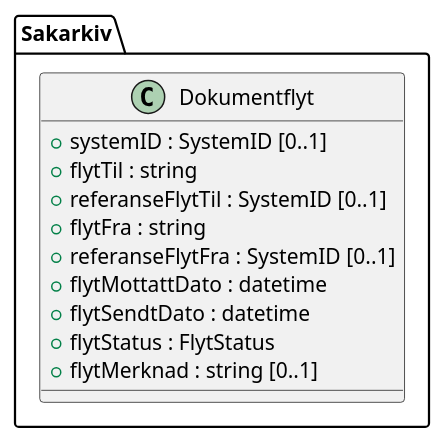
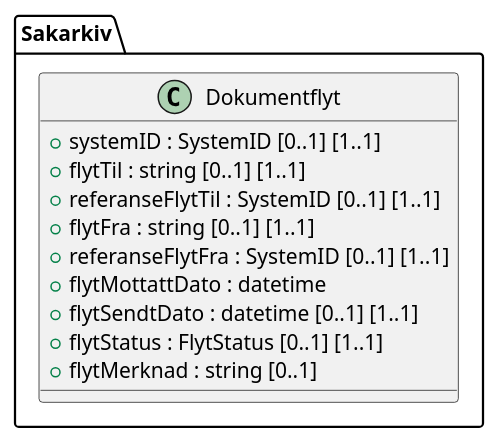
The diagram in kapitler/media/uml-class-dokumentflyt.iuml (arkivverket/noark5-tjenestegrensesnitt-standard), drawn with PlantUML before and after one commit. The commit also changed 91 other files, not shown here.

```diff
--- a/kapitler/media/uml-class-dokumentflyt.iuml
+++ b/kapitler/media/uml-class-dokumentflyt.iuml
@@ -1,13 +1,13 @@
 @startuml
 class Sakarkiv.Dokumentflyt {
-  +systemID : SystemID [0..1]
-  +flytTil : string
-  +referanseFlytTil : SystemID [0..1]
-  +flytFra : string
-  +referanseFlytFra : SystemID [0..1]
+  +systemID : SystemID [0..1] [1..1]
+  +flytTil : string [0..1] [1..1]
+  +referanseFlytTil : SystemID [0..1] [1..1]
+  +flytFra : string [0..1] [1..1]
+  +referanseFlytFra : SystemID [0..1] [1..1]
   +flytMottattDato : datetime
-  +flytSendtDato : datetime
-  +flytStatus : FlytStatus
+  +flytSendtDato : datetime [0..1] [1..1]
+  +flytStatus : FlytStatus [0..1] [1..1]
   +flytMerknad : string [0..1]
 }
 @enduml
```
